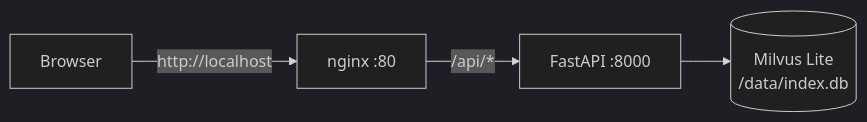
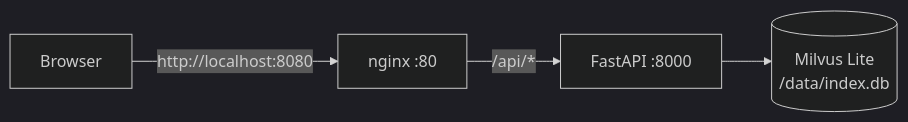
Before and after one commit to KRLabsOrg/verbatim-rag: the diagram in README.md, drawn with Mermaid (dark theme). The commit also changed other lines of this file and 1 other file, not shown here.

Commit message:
build: default the published frontend port to 8080 everywhere
`.env.example` and the README quickstart already say 8080, but the Compose
fallback and the README configuration table still said 80, so a stack started
without a `.env` bound a privileged port and the table contradicted the
quickstart two sections above it. Use 8080 in all three places for the same
reason `.env.example` does: binding 80 needs root on Linux and macOS. The
container side stays 80 — nginx and the health check are unchanged.

Follow-up to the review nit on #43.

Refs #27

````diff
--- a/README.md
+++ b/README.md
@@ -284,6 +284,6 @@
 ```mermaid
 graph LR
-    A[Browser] -->|http://localhost| B[nginx :80]
+    A[Browser] -->|http://localhost:8080| B[nginx :80]
     B -->|/api/*| C[FastAPI :8000]
     C --> D[(Milvus Lite<br>/data/index.db)]
 ```
````
